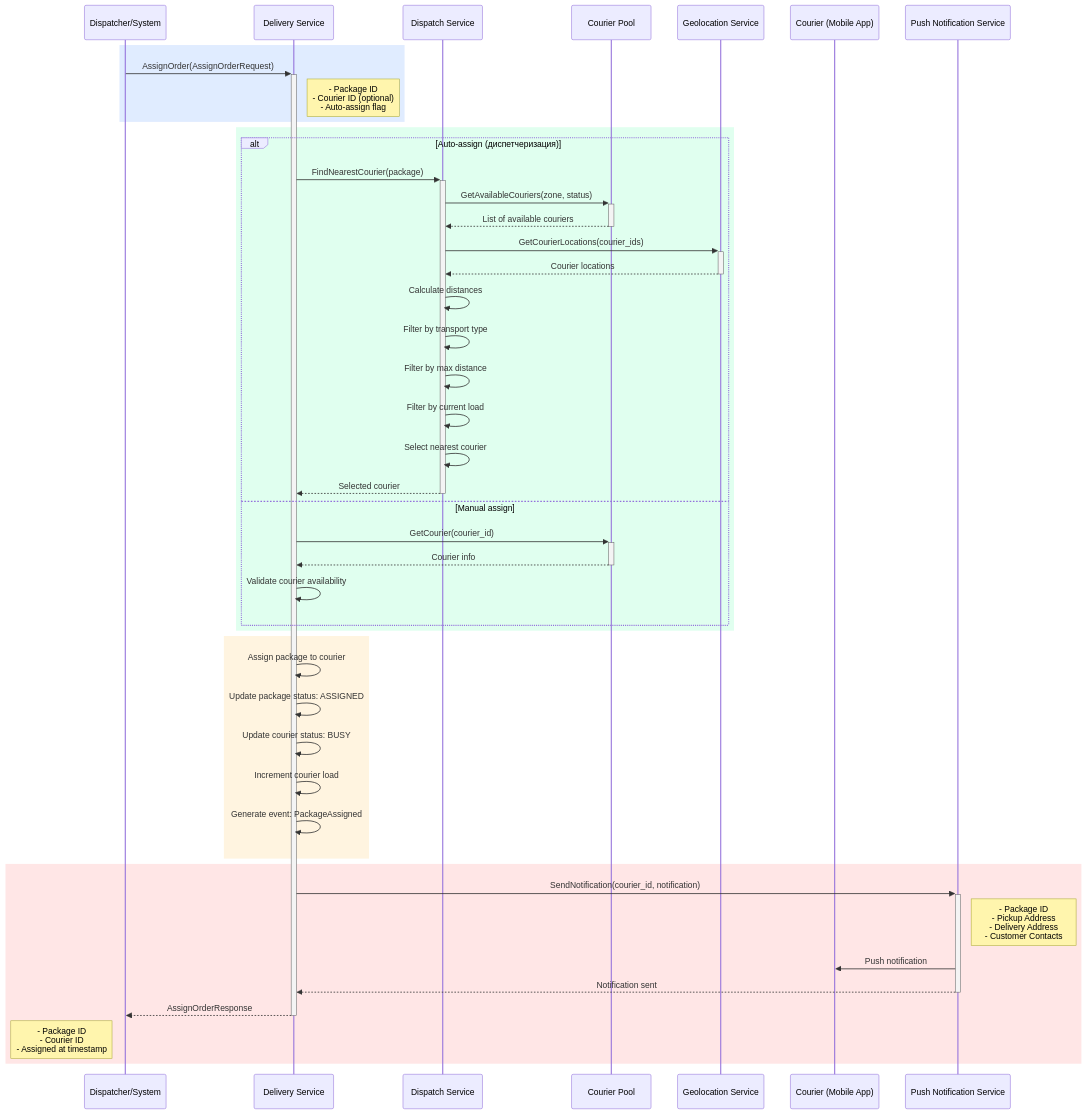
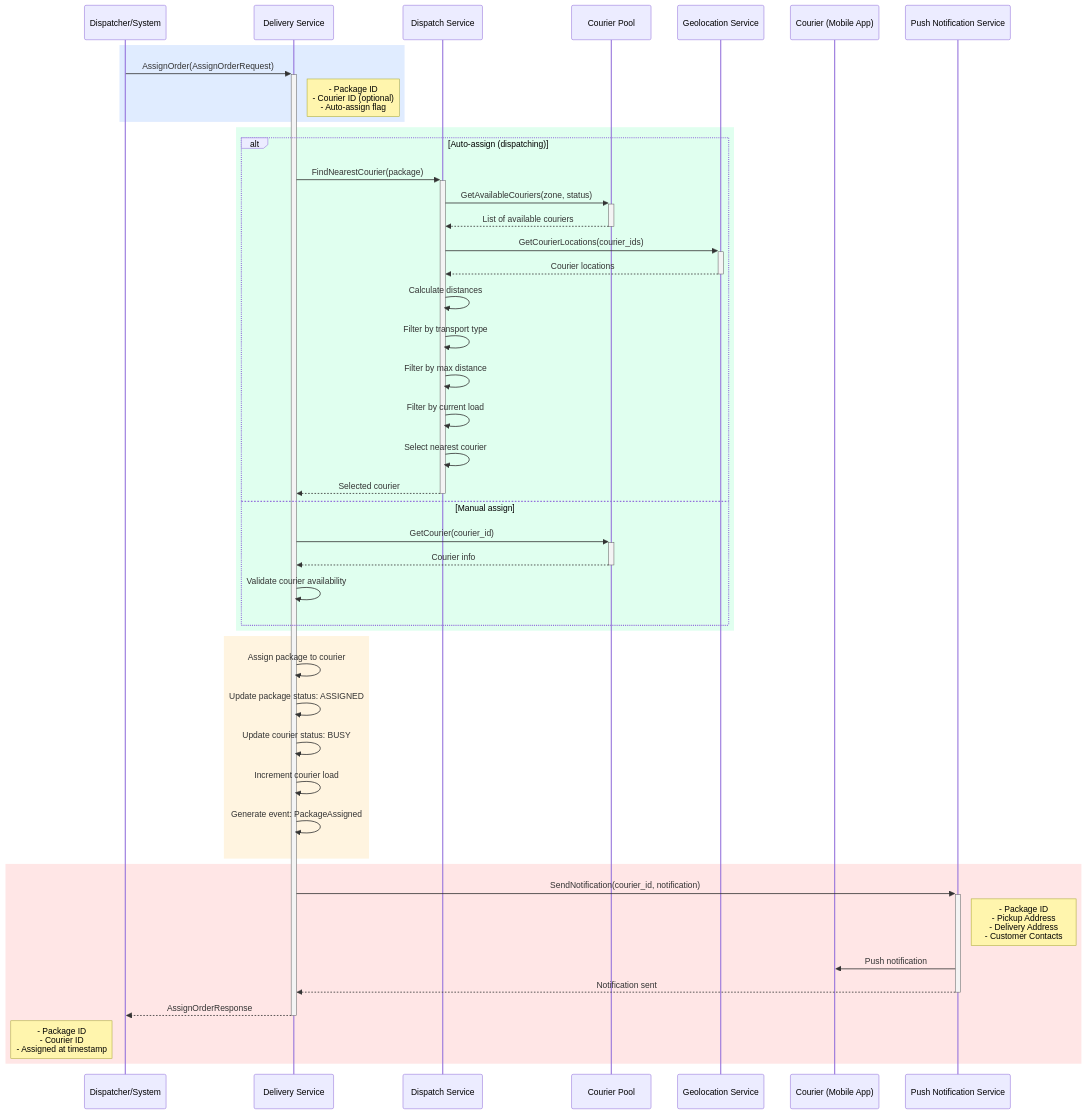
Before and after one commit to shortlink-org/shop: the diagram in delivery/src/usecases/package/command/assign_order/README.md, drawn with Mermaid. The commit also changed other lines of this file and 6 other files, not shown here.

````diff
--- a/delivery/src/usecases/package/command/assign_order/README.md
+++ b/delivery/src/usecases/package/command/assign_order/README.md
@@ -8,52 +9,52 @@
 ```mermaid
 sequenceDiagram
     participant Dispatcher as Dispatcher/System
     participant Delivery as Delivery Service
     participant Dispatch as Dispatch Service
     participant CourierPool as Courier Pool
     participant Geolocation as Geolocation Service
     participant Courier as Courier (Mobile App)
     participant Push as Push Notification Service
   
     rect rgb(224, 236, 255)
         Dispatcher->>+Delivery: AssignOrder(AssignOrderRequest)
         Note right of Delivery: - Package ID<br>- Courier ID (optional)<br>- Auto-assign flag
     end
   
     rect rgb(224, 255, 239)
-        alt Auto-assign (диспетчеризация)
+        alt Auto-assign (dispatching)
             Delivery->>+Dispatch: FindNearestCourier(package)
             Dispatch->>+CourierPool: GetAvailableCouriers(zone, status)
             CourierPool-->>-Dispatch: List of available couriers
             Dispatch->>+Geolocation: GetCourierLocations(courier_ids)
             Geolocation-->>-Dispatch: Courier locations
             Dispatch->>Dispatch: Calculate distances
             Dispatch->>Dispatch: Filter by transport type
             Dispatch->>Dispatch: Filter by max distance
             Dispatch->>Dispatch: Filter by current load
             Dispatch->>Dispatch: Select nearest courier
             Dispatch-->>-Delivery: Selected courier
         else Manual assign
             Delivery->>+CourierPool: GetCourier(courier_id)
             CourierPool-->>-Delivery: Courier info
             Delivery->>Delivery: Validate courier availability
         end
     end
   
     rect rgb(255, 244, 224)
         Delivery->>Delivery: Assign package to courier
         Delivery->>Delivery: Update package status: ASSIGNED
         Delivery->>Delivery: Update courier status: BUSY
         Delivery->>Delivery: Increment courier load
         Delivery->>Delivery: Generate event: PackageAssigned
     end
   
     rect rgb(255, 230, 230)
         Delivery->>+Push: SendNotification(courier_id, notification)
         Note right of Push: - Package ID<br>- Pickup Address<br>- Delivery Address<br>- Customer Contacts
         Push->>Courier: Push notification
         Push-->>-Delivery: Notification sent
         Delivery-->>-Dispatcher: AssignOrderResponse
         Note left of Dispatcher: - Package ID<br>- Courier ID<br>- Assigned at timestamp
     end
 ```
````
